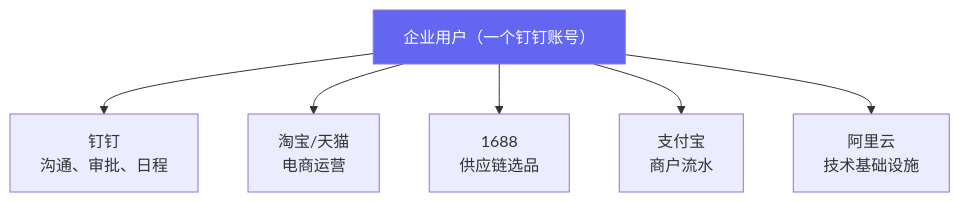
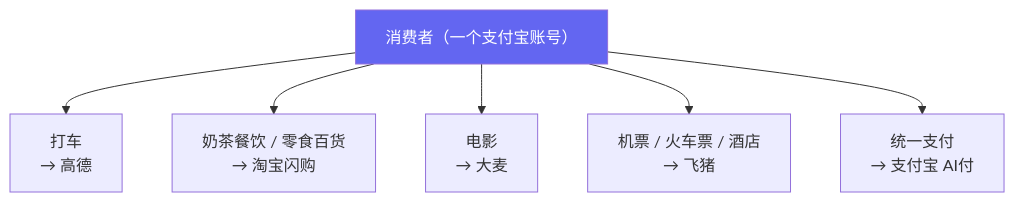
The second of 8 diagrams in content/zh/posts/visual-vs-api-permission.md (Trashwbin/quill), drawn with Mermaid before and after one commit. The commit also changed other lines of this file and 1 other file, not shown here.

````diff
--- a/content/zh/posts/visual-vs-api-permission.md
+++ b/content/zh/posts/visual-vs-api-permission.md
@@ -52,12 +50,12 @@
 ```mermaid
 graph TB
-    User["企业用户（一个钉钉账号）"]
+    User["消费者（一个支付宝账号）"]
     
-    User --> DD["钉钉<br/>沟通、审批、日程"]
-    User --> TB["淘宝/天猫<br/>电商运营"]
-    User --> ALI1688["1688<br/>供应链选品"]
-    User --> ZFB["支付宝<br/>商户流水"]
-    User --> Cloud["阿里云<br/>技术基础设施"]
+    User --> Taxi["打车<br/>→ 高德"]
+    User --> Food["奶茶餐饮 / 零食百货<br/>→ 淘宝闪购"]
+    User --> Movie["电影<br/>→ 大麦"]
+    User --> Travel["机票 / 火车票 / 酒店<br/>→ 飞猪"]
+    User --> Pay["统一支付<br/>→ 支付宝 AI付"]
     
     style User fill:#6366f1,color:#fff
 ```
````
